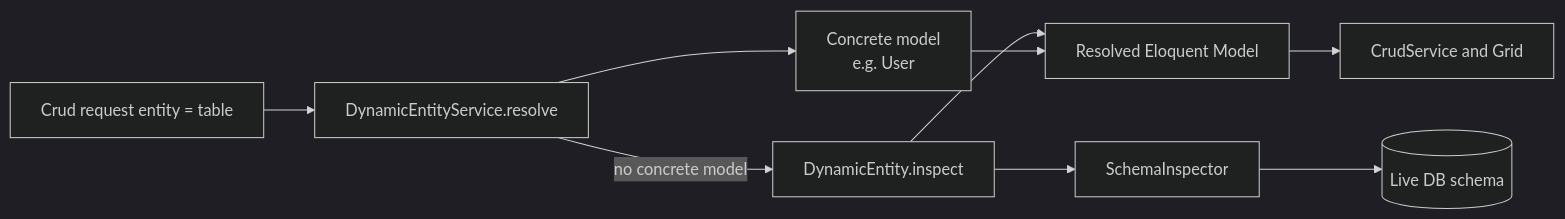
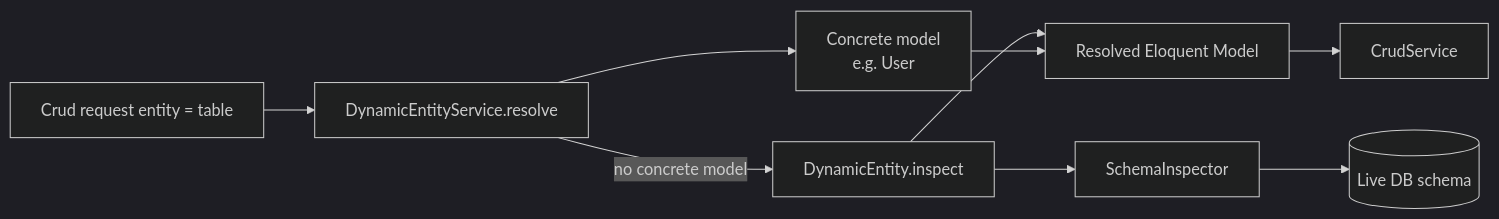
The eighth of 14 diagrams in docs/rag/MODULE.md (swolley/laraplate-core), drawn with Mermaid (dark theme) before and after one commit. The commit also changed other lines of this file and 103 other files, not shown here.

````diff
--- a/docs/rag/MODULE.md
+++ b/docs/rag/MODULE.md
@@ -284,19 +284,19 @@
 ```mermaid
 flowchart LR
   Req[Crud request entity = table]
   Svc[DynamicEntityService.resolve]
   Concrete[Concrete model<br/>e.g. User]
   Fallback[DynamicEntity.inspect]
   Inspector[SchemaInspector]
   DB[(Live DB schema)]
   Out[Resolved Eloquent Model]
-  Crud[CrudService and Grid]
+  Crud[CrudService]
 
   Req --> Svc
   Svc --> Concrete
   Svc -->|no concrete model| Fallback
   Fallback --> Inspector --> DB
   Fallback --> Out
   Concrete --> Out
   Out --> Crud
 ```
````
